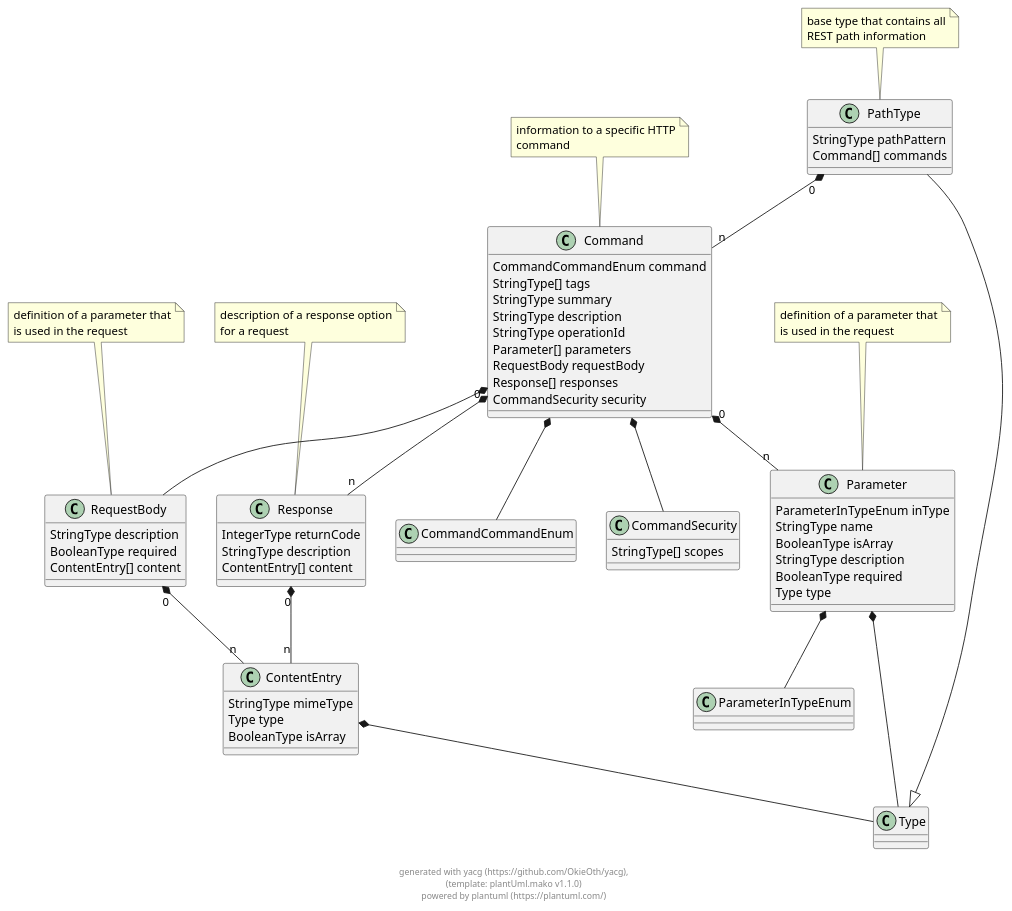
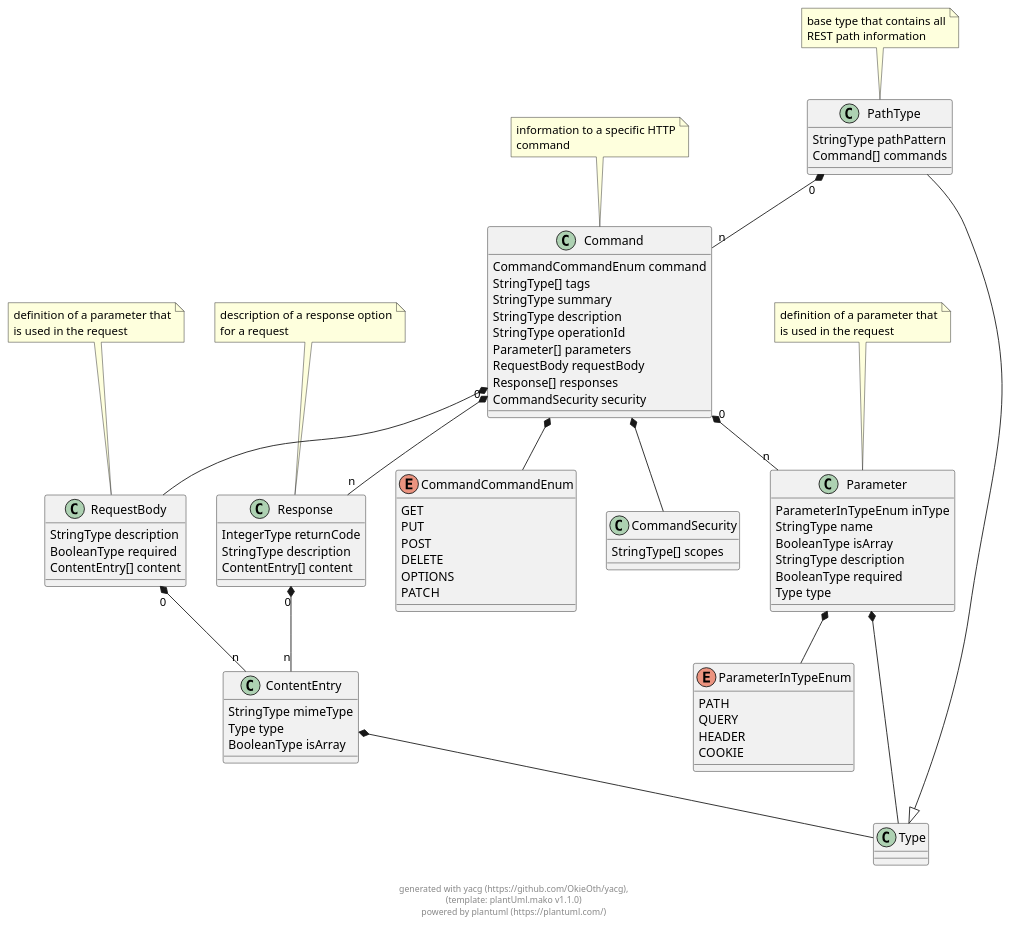
One commit to OkieOth/yacg changed the diagram in docs/puml/yacg_openapi.puml. Above: the diagram before and after it, drawn with PlantUML. The commit also changed 11 other files, not shown here.

```diff
--- a/docs/puml/yacg_openapi.puml
+++ b/docs/puml/yacg_openapi.puml
@@ -2,106 +2,116 @@
 @startuml
 
 class PathType {
-    StringType pathPattern 
-    Command[] commands 
+        StringType pathPattern 
+        Command[] commands 
 }
- 
+
 note top: base type that contains all\nREST path information
 
 PathType --|> Type
 class Command {
-    CommandCommandEnum command 
-    StringType[] tags 
-    StringType summary 
-    StringType description 
-    StringType operationId 
-    Parameter[] parameters 
-    RequestBody requestBody 
-    Response[] responses 
-    CommandSecurity security 
+        CommandCommandEnum command 
+        StringType[] tags 
+        StringType summary 
+        StringType description 
+        StringType operationId 
+        Parameter[] parameters 
+        RequestBody requestBody 
+        Response[] responses 
+        CommandSecurity security 
 }
- 
+
 note top: information to a specific HTTP\ncommand
 
-class CommandCommandEnum {
+enum CommandCommandEnum {
+    GET
+    PUT
+    POST
+    DELETE
+    OPTIONS
+    PATCH
 }
- 
+
 
 class Parameter {
-    ParameterInTypeEnum inType 
-    StringType name 
-    BooleanType isArray 
-    StringType description 
-    BooleanType required 
-    Type type 
+        ParameterInTypeEnum inType 
+        StringType name 
+        BooleanType isArray 
+        StringType description 
+        BooleanType required 
+        Type type 
 }
- 
+
 note top: definition of a parameter that\nis used in the request
 
 class RequestBody {
-    StringType description 
-    BooleanType required 
-    ContentEntry[] content 
+        StringType description 
+        BooleanType required 
+        ContentEntry[] content 
 }
- 
+
 note top: definition of a parameter that\nis used in the request
 
 class Response {
-    IntegerType returnCode 
-    StringType description 
-    ContentEntry[] content 
+        IntegerType returnCode 
+        StringType description 
+        ContentEntry[] content 
 }
- 
+
 note top: description of a response option\nfor a request
 
 class CommandSecurity {
-    StringType[] scopes 
+        StringType[] scopes 
 }
- 
+
 
 class ContentEntry {
-    StringType mimeType 
-    Type type 
-    BooleanType isArray 
+        StringType mimeType 
+        Type type 
+        BooleanType isArray 
 }
- 
 
-class ParameterInTypeEnum {
+
+enum ParameterInTypeEnum {
+    PATH
+    QUERY
+    HEADER
+    COOKIE
 }
- 
+
 
 
     
 PathType "0" *-- "n" Command        
             
     
 Command  *--  CommandCommandEnum        
             
 Command "0" *-- "n" Parameter        
             
 Command  *--  RequestBody        
             
 Command "0" *-- "n" Response        
             
 Command  *--  CommandSecurity        
             
     
     
 Parameter  *--  ParameterInTypeEnum        
             
 Parameter  *--  Type        
             
     
 RequestBody "0" *-- "n" ContentEntry        
             
     
 Response "0" *-- "n" ContentEntry        
             
     
     
 ContentEntry  *--  Type        
             
     
 
 footer \ngenerated with yacg (https://github.com/OkieOth/yacg),\n(template: plantUml.mako v1.1.0)\npowered by plantuml (https://plantuml.com/)
 @enduml
```
